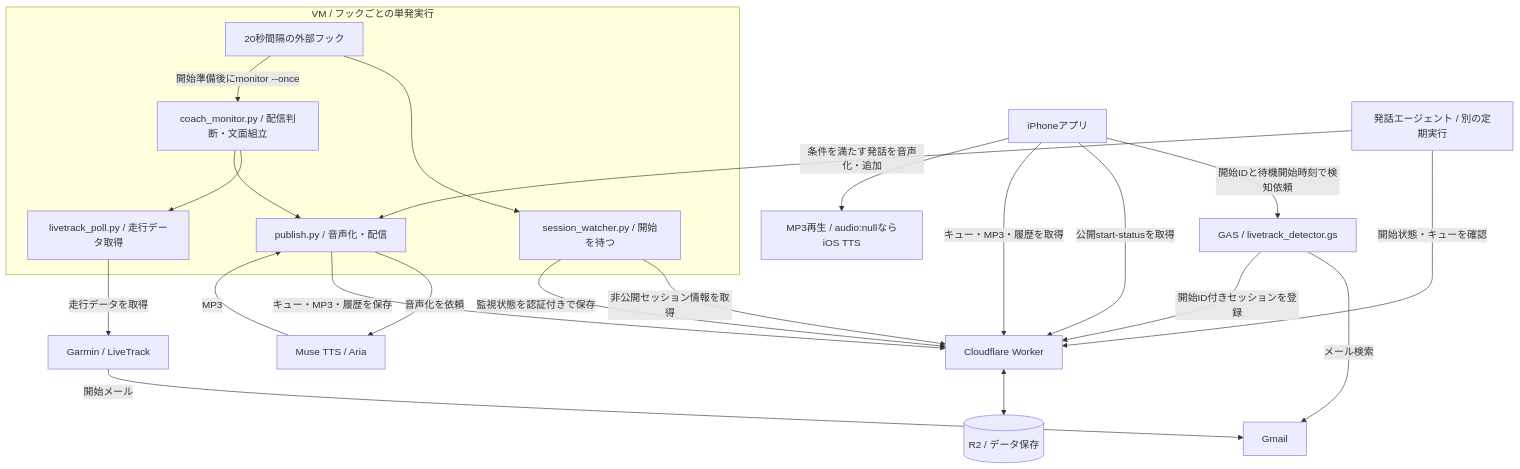
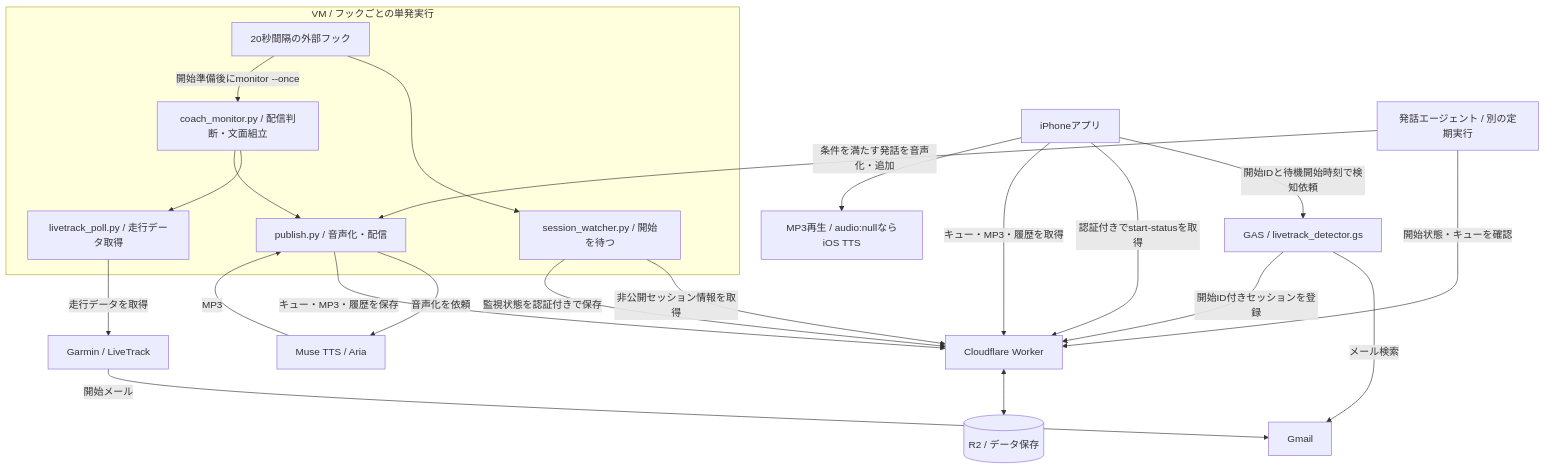
Before and after one commit to comeonyama/voice-coach-for-muse: the first of 4 diagrams in docs/system-and-data-flow.md, drawn with Mermaid. The commit also changed other lines of this file and 16 other files, not shown here.

````diff
--- a/docs/system-and-data-flow.md
+++ b/docs/system-and-data-flow.md
@@ -17,29 +17,29 @@
 ```mermaid
 flowchart TB
   Garmin[Garmin / LiveTrack] -->|開始メール| Gmail[Gmail]
   Phone[iPhoneアプリ] -->|開始IDと待機開始時刻で検知依頼| GAS[GAS / livetrack_detector.gs]
   GAS -->|メール検索| Gmail
   GAS -->|開始ID付きセッションを登録| Worker[Cloudflare Worker]
   subgraph VM[VM / フックごとの単発実行]
     Watcher[session_watcher.py / 開始を待つ]
     Monitor[coach_monitor.py / 配信判断・文面組立]
     Poll[livetrack_poll.py / 走行データ取得]
     Publish[publish.py / 音声化・配信]
     Hook[20秒間隔の外部フック] --> Watcher
     Hook -->|開始準備後にmonitor --once| Monitor
     Monitor --> Poll
     Monitor --> Publish
   end
   Watcher -->|非公開セッション情報を取得| Worker
   Watcher -->|監視状態を認証付きで保存| Worker
-  Phone -->|公開start-statusを取得| Worker
+  Phone -->|認証付きでstart-statusを取得| Worker
   Poll -->|走行データを取得| Garmin
   Publish -->|音声化を依頼| TTS[Muse TTS / Aria]
   TTS -->|MP3| Publish
   Publish -->|キュー・MP3・履歴を保存| Worker
   Agent[発話エージェント / 別の定期実行] -->|開始状態・キューを確認| Worker
   Agent -->|条件を満たす発話を音声化・追加| Publish
   Worker <--> R2[(R2 / データ保存)]
   Phone -->|キュー・MP3・履歴を取得| Worker
   Phone --> Playback[MP3再生 / audio:nullならiOS TTS]
 ```
````
